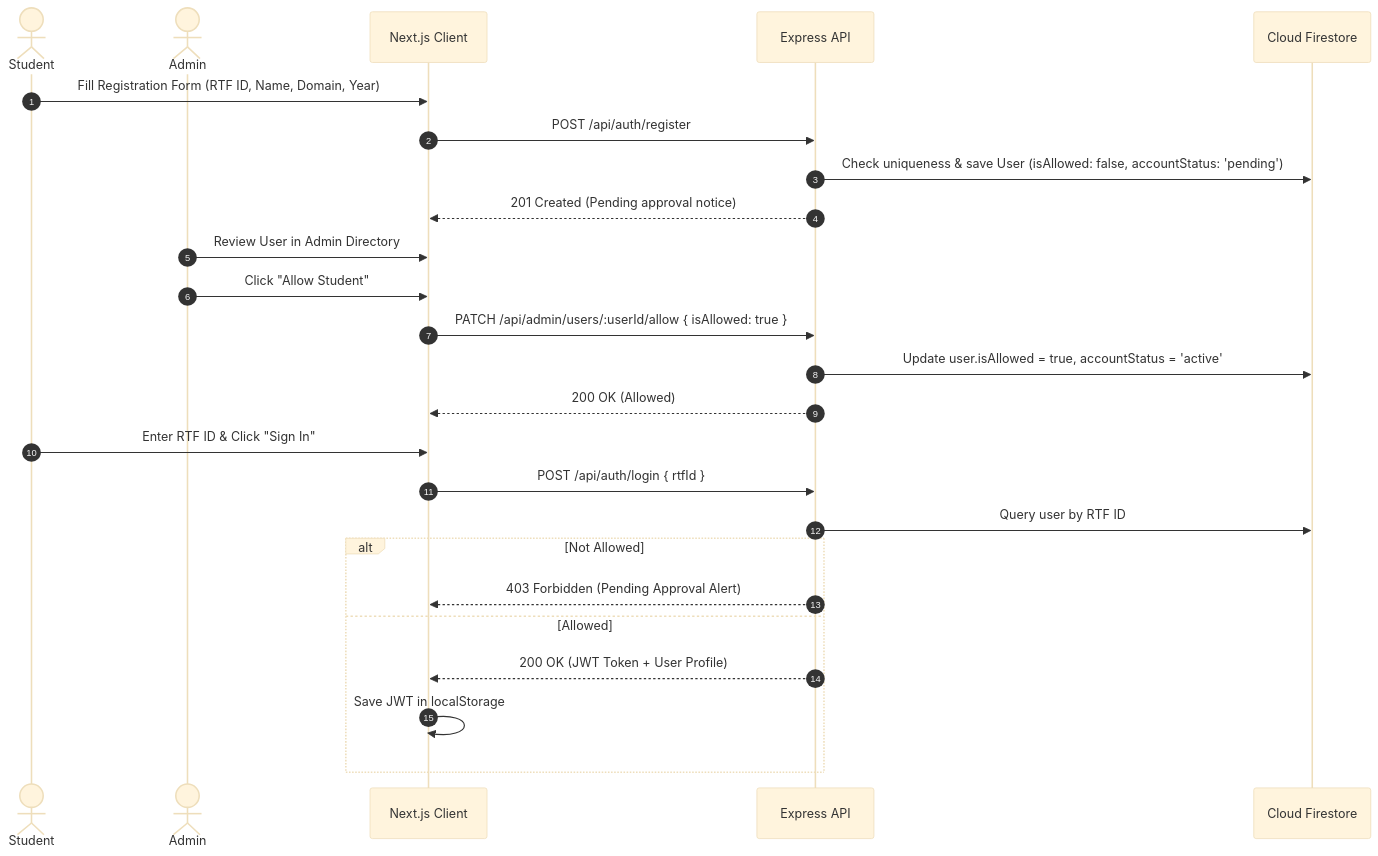
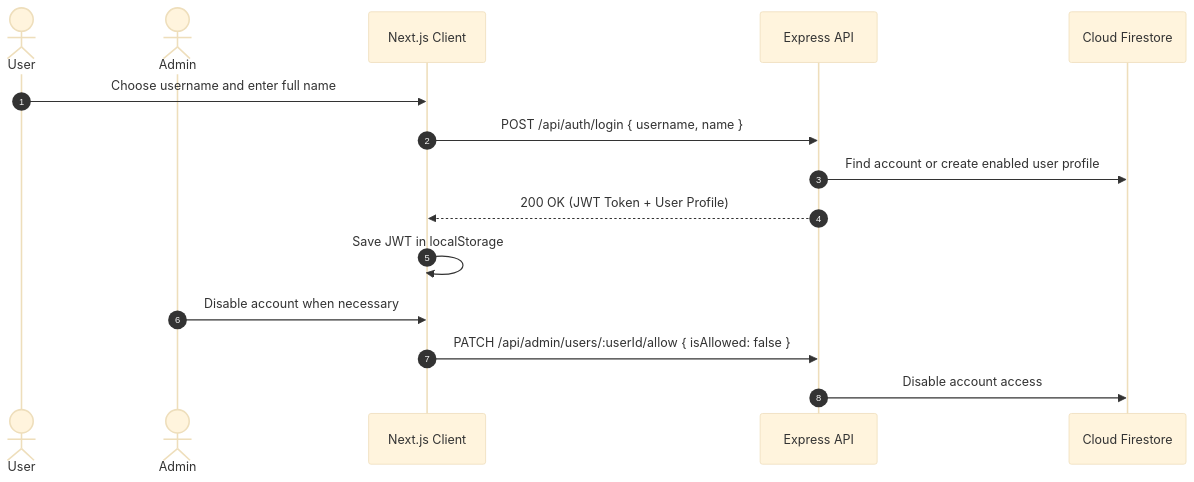
Before and after one commit to bhuveshrohankar28-cmd/Secure-Exam-Platform: the second of 8 diagrams in docs/stepwise-implementation-guide.md, drawn with Mermaid (base theme). The commit also changed other lines of this file and 30 other files, not shown here.

````diff
--- a/docs/stepwise-implementation-guide.md
+++ b/docs/stepwise-implementation-guide.md
@@ -85,30 +85,19 @@
 ```mermaid
 sequenceDiagram
     autonumber
-    actor Student
+    actor User
     actor Admin
     participant Frontend as Next.js Client
     participant Backend as Express API
     participant DB as Cloud Firestore
 
-    Student->>Frontend: Fill Registration Form (RTF ID, Name, Domain, Year)
-    Frontend->>Backend: POST /api/auth/register
-    Backend->>DB: Check uniqueness & save User (isAllowed: false, accountStatus: 'pending')
-    Backend-->>Frontend: 201 Created (Pending approval notice)
+    User->>Frontend: Choose username and enter full name
+    Frontend->>Backend: POST /api/auth/login { username, name }
+    Backend->>DB: Find account or create enabled user profile
+    Backend-->>Frontend: 200 OK (JWT Token + User Profile)
+    Frontend->>Frontend: Save JWT in localStorage
 
-    Admin->>Frontend: Review User in Admin Directory
-    Admin->>Frontend: Click "Allow Student"
-    Frontend->>Backend: PATCH /api/admin/users/:userId/allow { isAllowed: true }
-    Backend->>DB: Update user.isAllowed = true, accountStatus = 'active'
-    Backend-->>Frontend: 200 OK (Allowed)
-
-    Student->>Frontend: Enter RTF ID & Click "Sign In"
-    Frontend->>Backend: POST /api/auth/login { rtfId }
-    Backend->>DB: Query user by RTF ID
-    alt Not Allowed
-        Backend-->>Frontend: 403 Forbidden (Pending Approval Alert)
-    else Allowed
-        Backend-->>Frontend: 200 OK (JWT Token + User Profile)
-        Frontend->>Frontend: Save JWT in localStorage
-    end
+    Admin->>Frontend: Disable account when necessary
+    Frontend->>Backend: PATCH /api/admin/users/:userId/allow { isAllowed: false }
+    Backend->>DB: Disable account access
 ```
````
